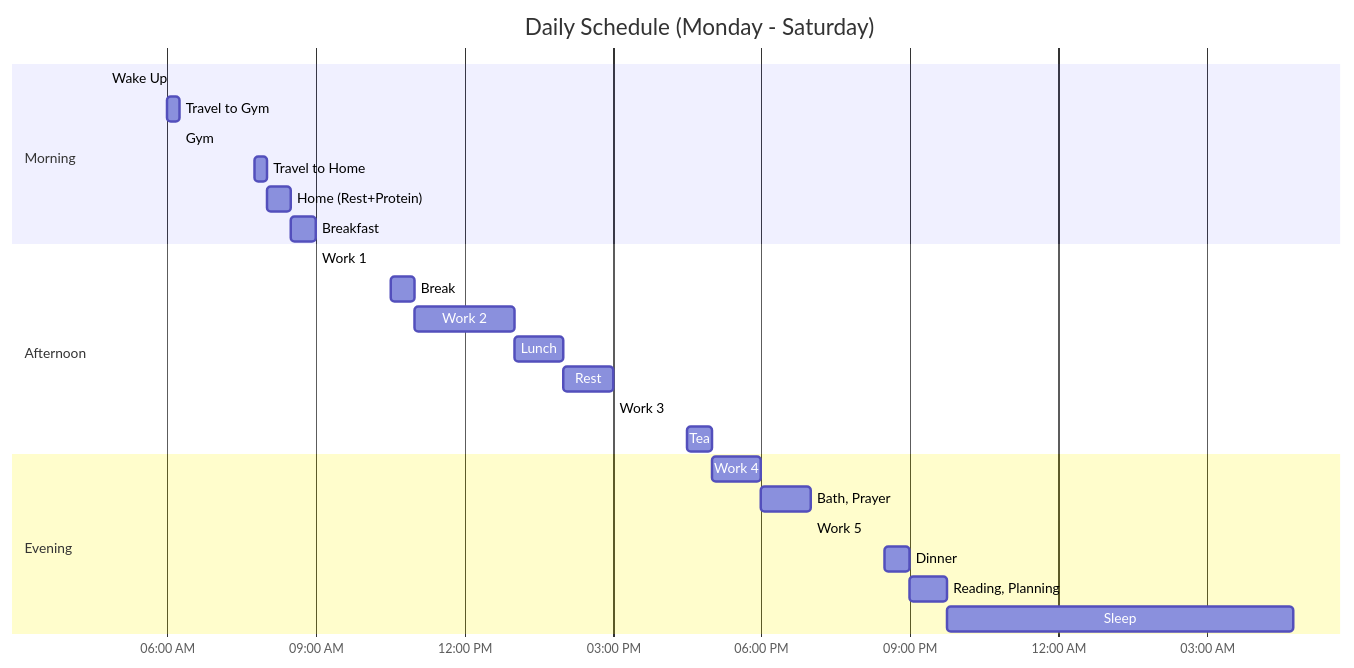
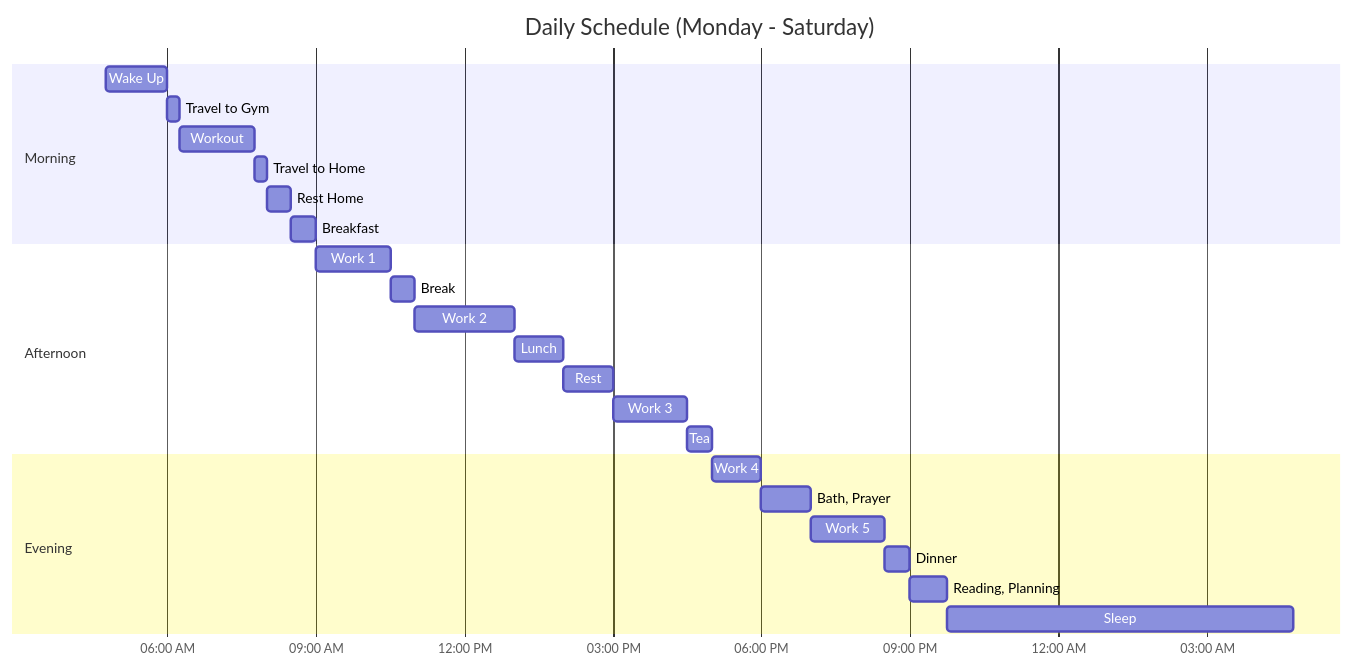
One commit to musingmaddy/musingmaddy.github.io changed the diagram in content/posts/Daily Schedule/index.md. Above: the diagram before and after it, drawn with Mermaid. The commit also changed other lines of this file and 2 other files, not shown here.

Commit message:
vault backup: 2024-12-29 12:12:49

````diff
--- a/content/posts/Daily Schedule/index.md
+++ b/content/posts/Daily Schedule/index.md
@@ -20,31 +26,31 @@
 ```mermaid
 gantt
-    dateFormat  HH:mm
+    dateFormat  HH:mm:ss
     axisFormat %I:%M %p
     title       Daily Schedule (Monday - Saturday)
 
     section Morning
-    Wake Up             :wake, 04:45, 1h15m
-    Travel to Gym       :travelGym, 06:00, 15m
-    Gym                 :gym, 06:15, 1h30m
-    Travel to Home      :travelHome, 07:45, 15m
-    Home (Rest+Protein) :homeRest, 08:00, 30m
-    Breakfast           :breakfast, 08:30, 30m
+    Wake Up             :wake, 04:45:00, 75m
+    Travel to Gym       :travelGym, 06:00:00, 15m
+    Workout             :gym, 06:15:00, 90m
+    Travel to Home      :travelHome, 07:45:00, 15m
+    Rest Home           :homeRest, 08:00:00, 30m
+    Breakfast           :breakfast, 08:30:00, 30m
 
     section Afternoon
-    Work 1              :work1, 09:00, 1h30m
-    Break               :break, 10:30, 30m
-    Work 2              :work2, 11:00, 2h
-    Lunch               :lunch, 13:00, 1h
-    Rest                :rest, 14:00, 1h
-    Work 3              :work3, 15:00, 1h30m
-    Tea                 :tea, 16:30, 30m
+    Work 1              :work1, 09:00:00, 90m
+    Break               :break, 10:30:00, 30m
+    Work 2              :work2, 11:00:00, 2h
+    Lunch               :lunch, 13:00:00, 1h
+    Rest                :rest, 14:00:00, 1h
+    Work 3              :work3, 15:00:00, 90m
+    Tea                 :tea, 16:30:00, 30m
 
     section Evening
-    Work 4              :work4, 17:00, 1h
-    Bath, Prayer        :bathPrayer, 18:00, 1h
-    Work 5              :work5, 19:00, 1h30m
-    Dinner              :dinner, 20:30, 30m
-    Reading, Planning   :readingPlanning, 21:00, 45m
-    Sleep               :sleep, 21:45, 7h
+    Work 4              :work4, 17:00:00, 1h
+    Bath, Prayer        :bathPrayer, 18:00:00, 1h
+    Work 5              :work5, 19:00:00, 90m
+    Dinner              :dinner, 20:30:00, 30m
+    Reading, Planning   :readingPlanning, 21:00:00, 45m
+    Sleep               :sleep, 21:45:00, 7h
 ```
````
